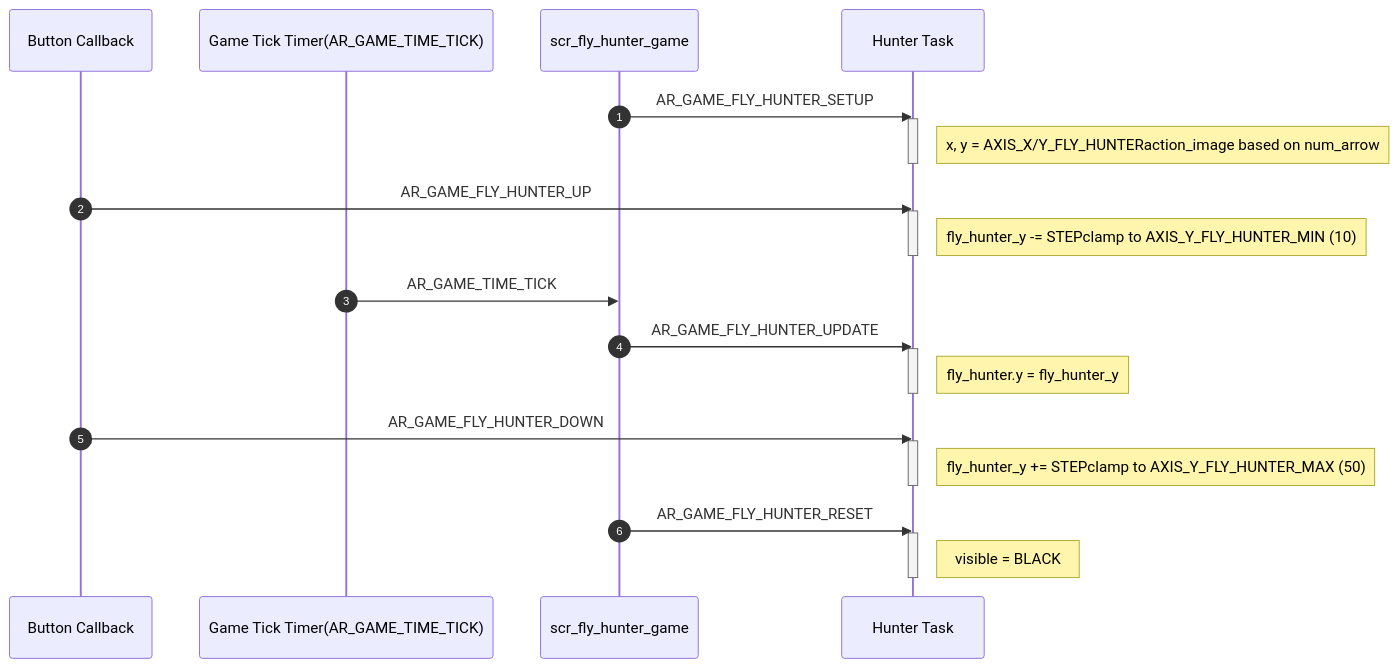
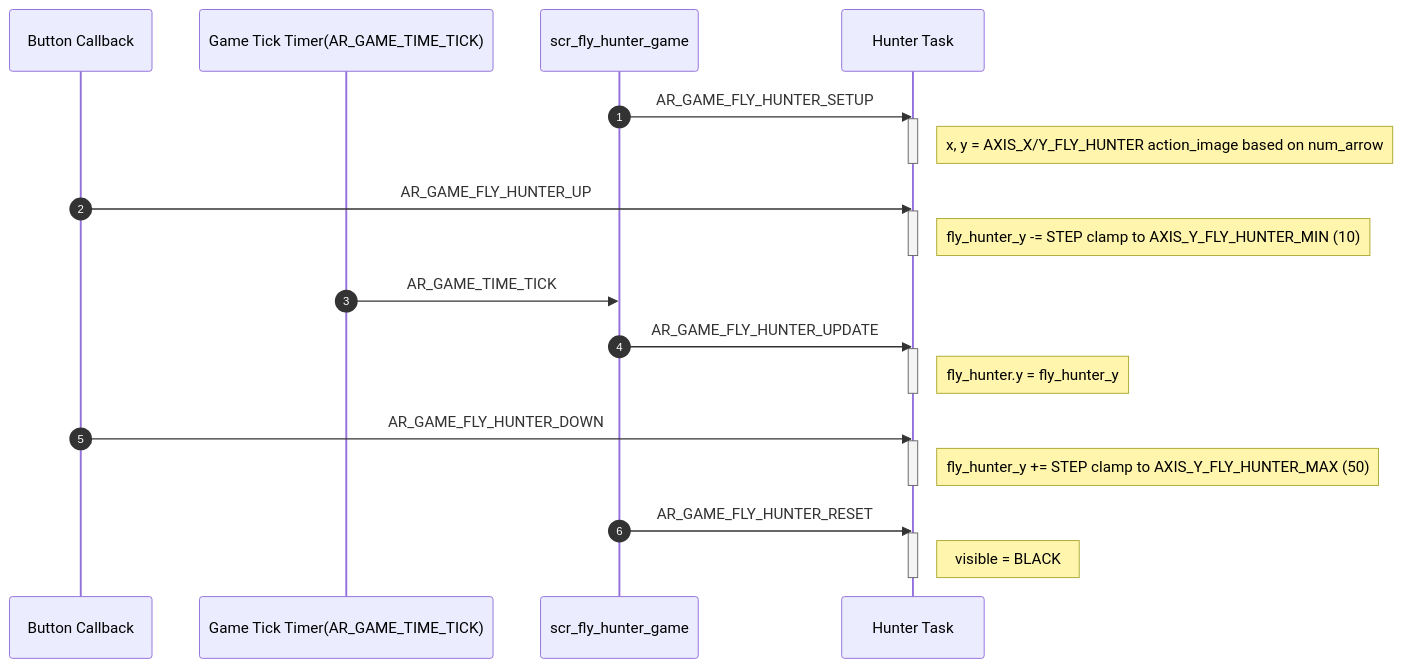
Before and after one commit to PhanVanTranh/Fly_Hunter_Game: the first of 8 diagrams in docs/03-design-sequence-object.md, drawn with Mermaid. The commit also changed other lines of this file, not shown here.

Commit message:
Fix formatting and spacing in design sequence document

````diff
--- a/docs/03-design-sequence-object.md
+++ b/docs/03-design-sequence-object.md
@@ -24,34 +24,34 @@
 ```mermaid
 sequenceDiagram
     autonumber
     participant Button as Button Callback
     participant Timer as Game Tick Timer(AR_GAME_TIME_TICK)
     participant Screen as scr_fly_hunter_game
     participant Hunter as Hunter Task
 
     Screen->>Hunter: AR_GAME_FLY_HUNTER_SETUP
     activate Hunter
-    Note right of Hunter: x, y = AXIS_X/Y_FLY_HUNTERaction_image based on num_arrow
+    Note right of Hunter: x, y = AXIS_X/Y_FLY_HUNTER action_image based on num_arrow
     deactivate Hunter
 
     Button->>Hunter: AR_GAME_FLY_HUNTER_UP
     activate Hunter
-    Note right of Hunter: fly_hunter_y -= STEPclamp to AXIS_Y_FLY_HUNTER_MIN (10)
+    Note right of Hunter: fly_hunter_y -= STEP clamp to AXIS_Y_FLY_HUNTER_MIN (10)
     deactivate Hunter
 
     Timer->>Screen: AR_GAME_TIME_TICK
     Screen->>Hunter: AR_GAME_FLY_HUNTER_UPDATE
     activate Hunter
     Note right of Hunter: fly_hunter.y = fly_hunter_y
     deactivate Hunter
 
     Button->>Hunter: AR_GAME_FLY_HUNTER_DOWN
     activate Hunter
-    Note right of Hunter: fly_hunter_y += STEPclamp to AXIS_Y_FLY_HUNTER_MAX (50)
+    Note right of Hunter: fly_hunter_y += STEP clamp to AXIS_Y_FLY_HUNTER_MAX (50)
     deactivate Hunter
 
     Screen->>Hunter: AR_GAME_FLY_HUNTER_RESET
     activate Hunter
     Note right of Hunter: visible = BLACK
     deactivate Hunter
 ```
````
